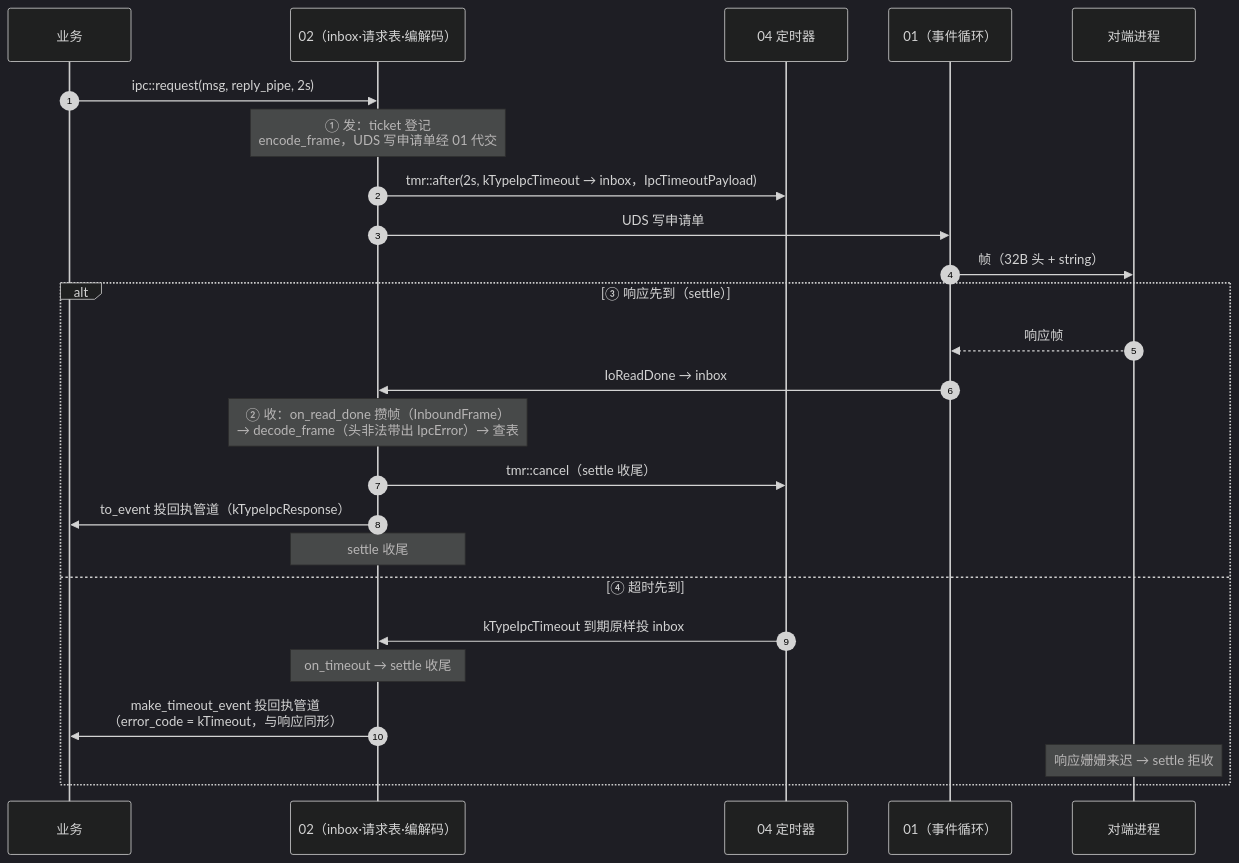
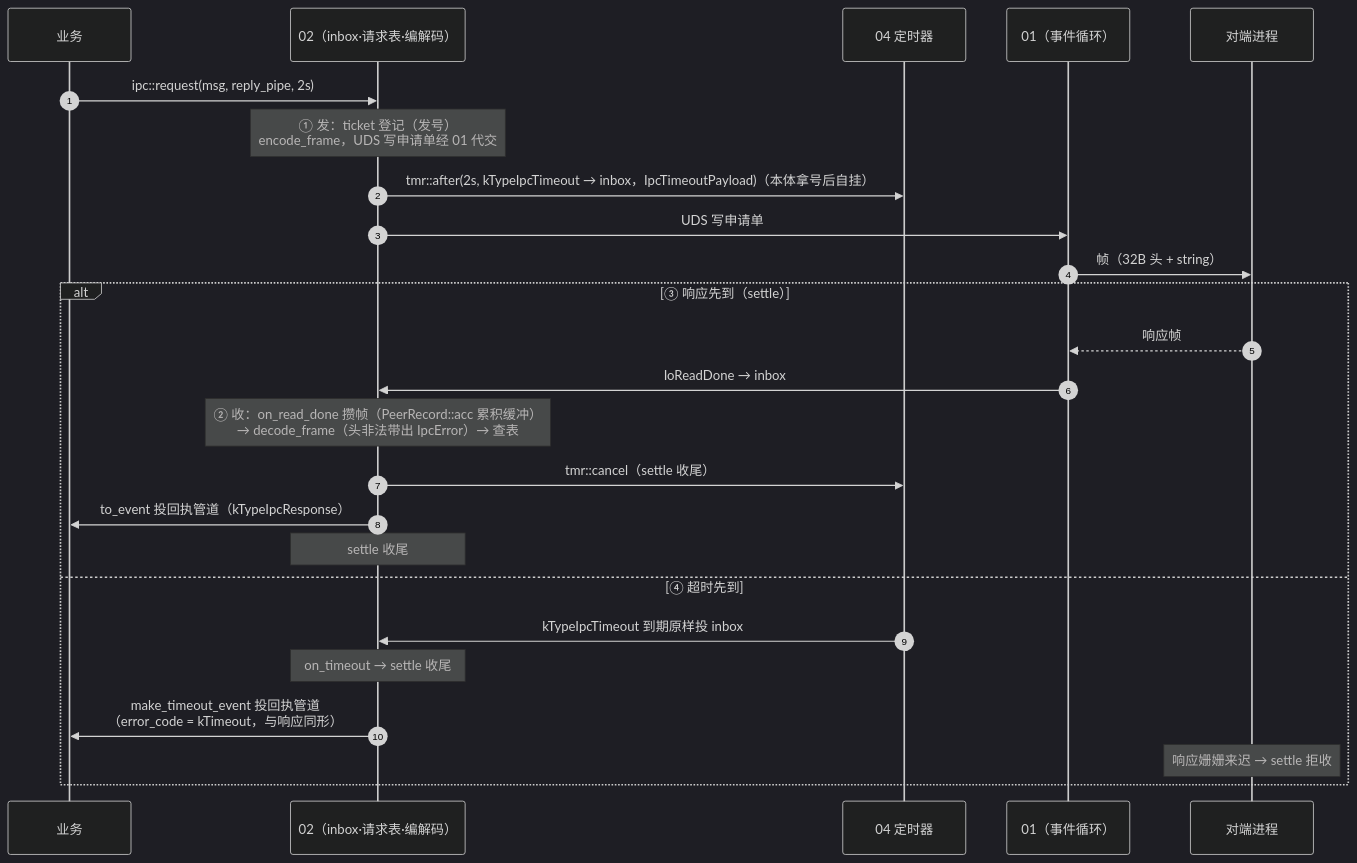
One commit to hihfe/smartdoll changed the first of 3 diagrams in doc/modules/02-ipc.md. Above: the diagram before and after it, drawn with Mermaid (dark theme). The commit also changed other lines of this file and 8 other files, not shown here.

````diff
--- a/doc/modules/02-ipc.md
+++ b/doc/modules/02-ipc.md
@@ -244,29 +297,29 @@
 ```mermaid
 sequenceDiagram
     autonumber
     participant BIZ as 业务
     participant IPC as 02（inbox·请求表·编解码）
     participant TMR as 04 定时器
     participant L01 as 01（事件循环）
     participant PEER as 对端进程
 
     BIZ->>IPC: ipc::request(msg, reply_pipe, 2s)
-    Note over IPC: ① 发：ticket 登记<br/>encode_frame，UDS 写申请单经 01 代交
-    IPC->>TMR: tmr::after(2s, kTypeIpcTimeout → inbox，IpcTimeoutPayload)
+    Note over IPC: ① 发：ticket 登记（发号）<br/>encode_frame，UDS 写申请单经 01 代交
+    IPC->>TMR: tmr::after(2s, kTypeIpcTimeout → inbox，IpcTimeoutPayload)（本体拿号后自挂）
     IPC->>L01: UDS 写申请单
     L01->>PEER: 帧（32B 头 + string）
 
     alt ③ 响应先到（settle）
         PEER-->>L01: 响应帧
         L01->>IPC: IoReadDone → inbox
-        Note over IPC: ② 收：on_read_done 攒帧（InboundFrame）<br/>→ decode_frame（头非法带出 IpcError）→ 查表
+        Note over IPC: ② 收：on_read_done 攒帧（PeerRecord::acc 累积缓冲）<br/>→ decode_frame（头非法带出 IpcError）→ 查表
         IPC->>TMR: tmr::cancel（settle 收尾）
         IPC->>BIZ: to_event 投回执管道（kTypeIpcResponse）
         Note over IPC: settle 收尾
     else ④ 超时先到
         TMR->>IPC: kTypeIpcTimeout 到期原样投 inbox
         Note over IPC: on_timeout → settle 收尾
         IPC->>BIZ: make_timeout_event 投回执管道<br/>（error_code = kTimeout，与响应同形）
         Note over PEER: 响应姗姗来迟 → settle 拒收
     end
 ```
````
